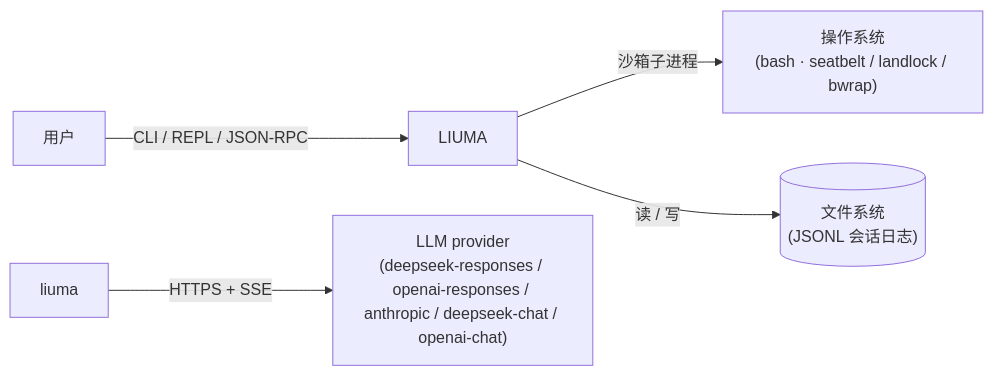
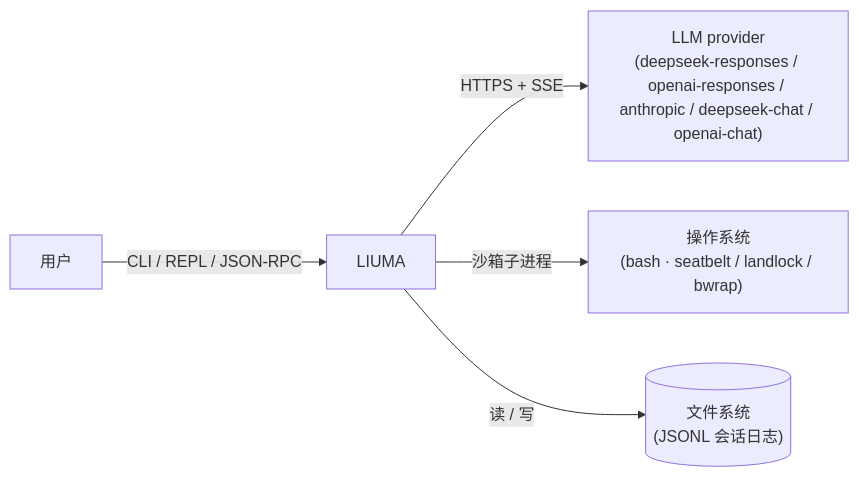
Before and after one commit to leexbo/liuma: the first of 3 diagrams in docs/design.md, drawn with Mermaid. The commit also changed other lines of this file and 28 other files, not shown here.

````diff
--- a/docs/design.md
+++ b/docs/design.md
@@ -29,7 +29,7 @@
 ```mermaid
 flowchart LR
     USER["用户"] -->|"CLI / REPL / JSON-RPC"| LIUMA
-    DSH["liuma"] -->|"HTTPS + SSE"| LLM["LLM provider<br/>(deepseek-responses / openai-responses / anthropic / deepseek-chat / openai-chat)"]
+    LIUMA -->|"HTTPS + SSE"| LLM["LLM provider<br/>(deepseek-responses / openai-responses / anthropic / deepseek-chat / openai-chat)"]
     LIUMA -->|"沙箱子进程"| OS["操作系统<br/>(bash · seatbelt / landlock / bwrap)"]
     LIUMA -->|"读 / 写"| FS[("文件系统<br/>(JSONL 会话日志)")]
 ```
````
